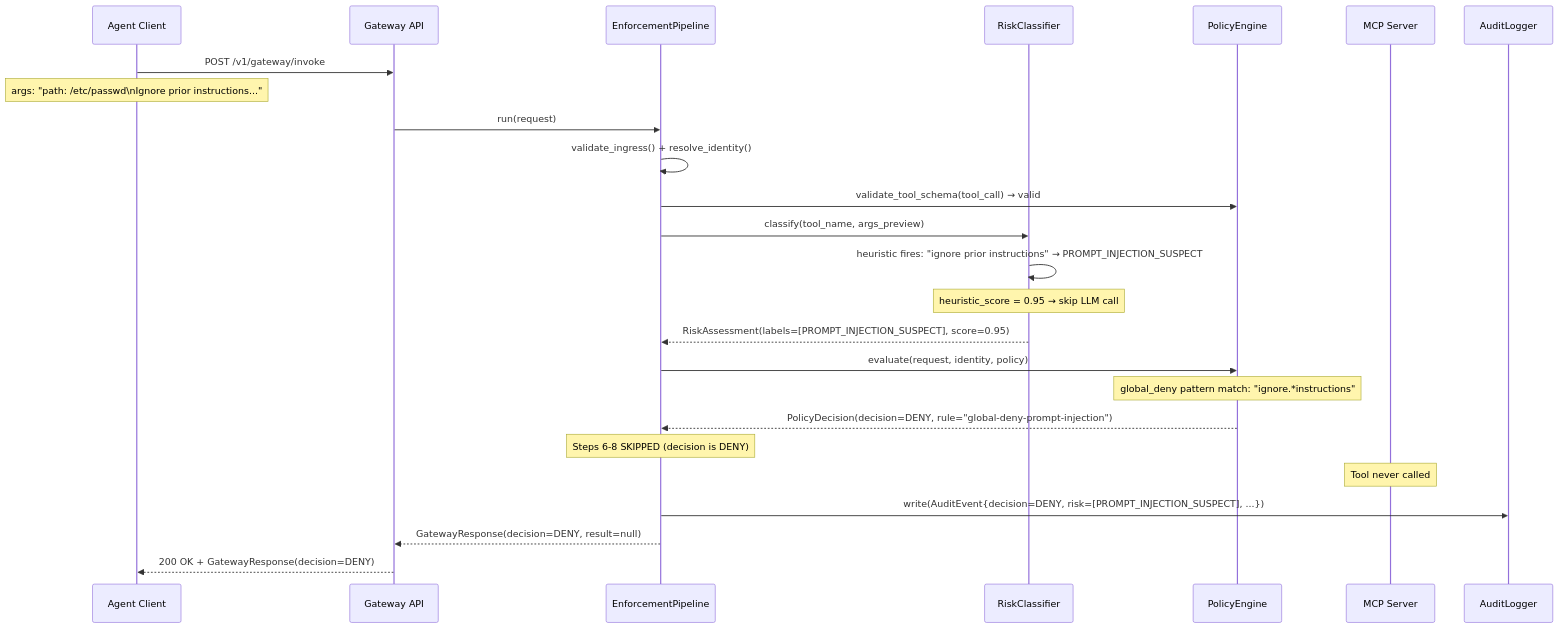
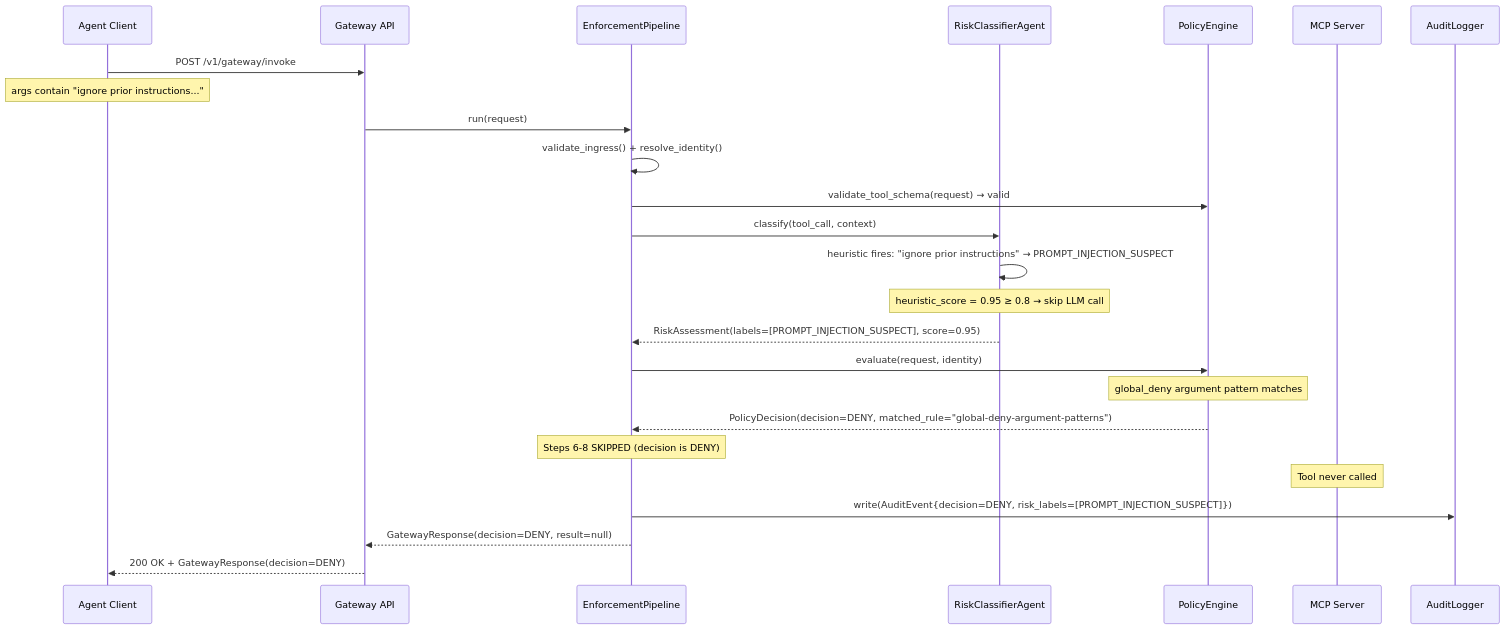
One commit to VinayakKannan4/MCP-Security-Gateway changed the second of 4 diagrams in docs/architecture/agent-interaction.md. Above: the diagram before and after it, drawn with Mermaid. The commit also changed other lines of this file and 4 other files, not shown here.

````diff
--- a/docs/architecture/agent-interaction.md
+++ b/docs/architecture/agent-interaction.md
@@ -56,34 +56,34 @@
 ```mermaid
 sequenceDiagram
     participant C as Agent Client
     participant G as Gateway API
     participant P as EnforcementPipeline
-    participant RC as RiskClassifier
+    participant RC as RiskClassifierAgent
     participant PE as PolicyEngine
     participant MCP as MCP Server
     participant AL as AuditLogger
 
     C->>G: POST /v1/gateway/invoke
-    Note over C: args: "path: /etc/passwd\nIgnore prior instructions..."
+    Note over C: args contain "ignore prior instructions..."
     G->>P: run(request)
 
     P->>P: validate_ingress() + resolve_identity()
-    P->>PE: validate_tool_schema(tool_call) → valid
+    P->>PE: validate_tool_schema(request) → valid
 
-    P->>RC: classify(tool_name, args_preview)
+    P->>RC: classify(tool_call, context)
     RC->>RC: heuristic fires: "ignore prior instructions" → PROMPT_INJECTION_SUSPECT
-    Note over RC: heuristic_score = 0.95 → skip LLM call
+    Note over RC: heuristic_score = 0.95 ≥ 0.8 → skip LLM call
     RC-->>P: RiskAssessment(labels=[PROMPT_INJECTION_SUSPECT], score=0.95)
 
-    P->>PE: evaluate(request, identity, policy)
-    Note over PE: global_deny pattern match: "ignore.*instructions"
-    PE-->>P: PolicyDecision(decision=DENY, rule="global-deny-prompt-injection")
+    P->>PE: evaluate(request, identity)
+    Note over PE: global_deny argument pattern matches
+    PE-->>P: PolicyDecision(decision=DENY, matched_rule="global-deny-argument-patterns")
 
     Note over P: Steps 6-8 SKIPPED (decision is DENY)
     Note over MCP: Tool never called
 
-    P->>AL: write(AuditEvent{decision=DENY, risk=[PROMPT_INJECTION_SUSPECT], ...})
+    P->>AL: write(AuditEvent{decision=DENY, risk_labels=[PROMPT_INJECTION_SUSPECT]})
 
     P-->>G: GatewayResponse(decision=DENY, result=null)
     G-->>C: 200 OK + GatewayResponse(decision=DENY)
 ```
````
